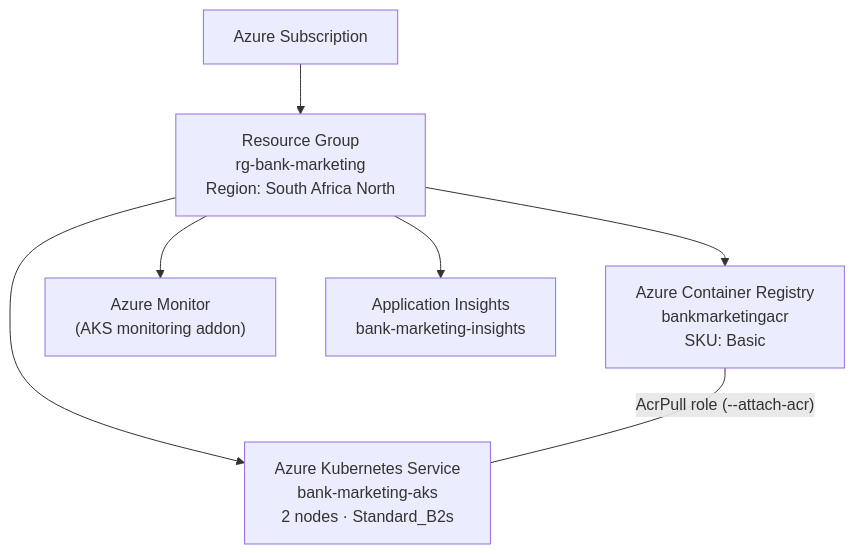
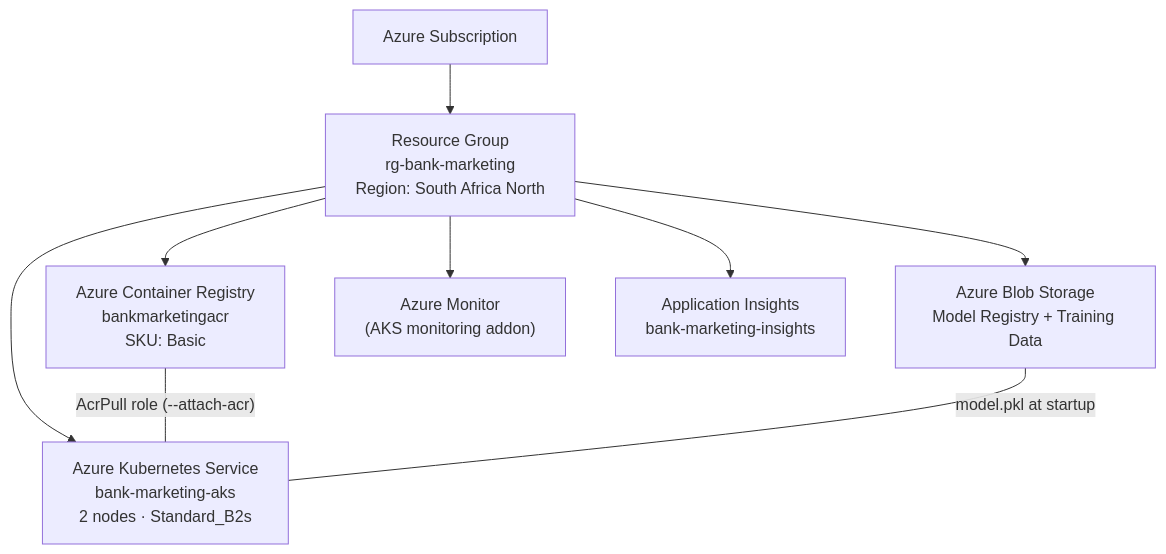
Before and after one commit to Annemarie-Bester/marketing-model-mlops-azure: the second of 7 diagrams in docs/architecture.md, drawn with Mermaid. The commit also changed other lines of this file and 17 other files, not shown here.

````diff
--- a/docs/architecture.md
+++ b/docs/architecture.md
@@ -112,11 +121,13 @@
 ```mermaid
 flowchart TD
     SUB["Azure Subscription"] --> RG["Resource Group<br/>rg-bank-marketing<br/>Region: South Africa North"]
 
     RG --> ACR["Azure Container Registry<br/>bankmarketingacr<br/>SKU: Basic"]
     RG --> AKS["Azure Kubernetes Service<br/>bank-marketing-aks<br/>2 nodes · Standard_B2s"]
+    RG --> BLOB["Azure Blob Storage<br/>Model Registry + Training Data"]
     RG --> MON["Azure Monitor<br/>(AKS monitoring addon)"]
     RG --> AI["Application Insights<br/>bank-marketing-insights"]
 
     ACR ---|"AcrPull role (--attach-acr)"| AKS
+    BLOB ---|"model.pkl at startup"| AKS
 ```
````
